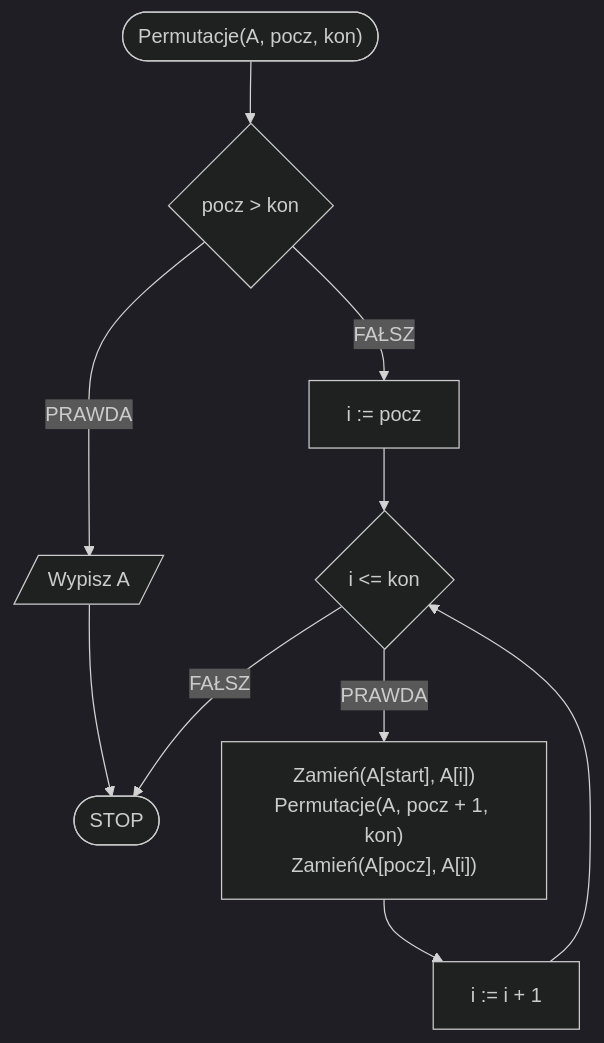
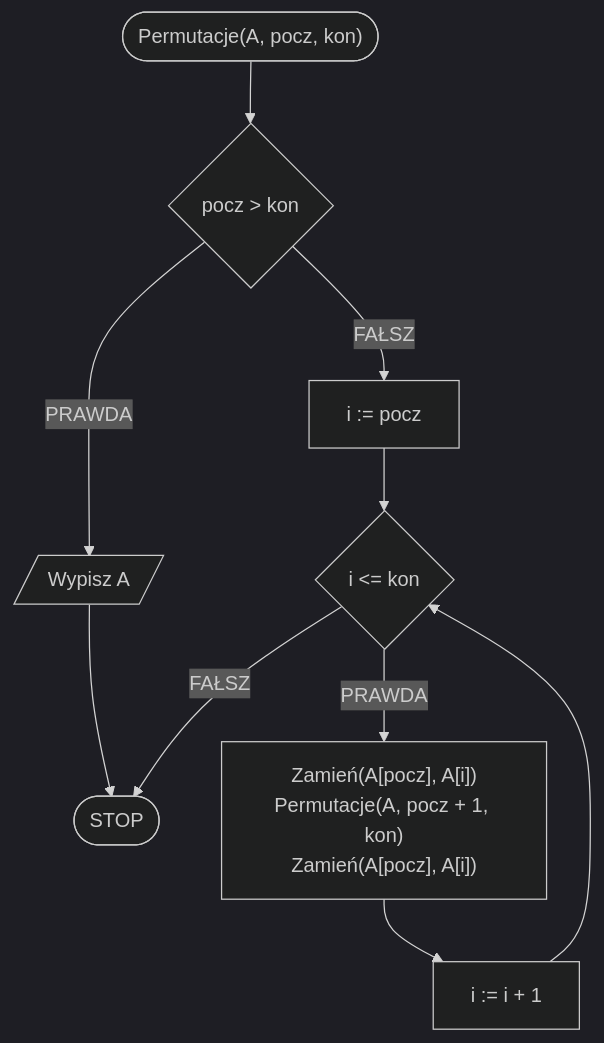
The diagram in algorithms/backtracking/permutations.md (blackbat13/cs-htiew-gitbook), drawn with Mermaid (dark theme) before and after one commit. The commit also changed other lines of this file, not shown here.

````diff
--- a/algorithms/backtracking/permutations.md
+++ b/algorithms/backtracking/permutations.md
@@ -31,12 +40,12 @@
 ```mermaid
 flowchart TD
     START(["Permutacje(A, pocz, kon)"]) --> K1{pocz > kon}
     K1 -- PRAWDA --> K2[/Wypisz A/]
     K2 --> STOP([STOP])
     K1 -- FAŁSZ --> K4p[i := pocz]
     K4p --> K4{i <= kon}
-    K4 -- PRAWDA --> K5["Zamień(A[start], A[i])\nPermutacje(A, pocz + 1, kon)\nZamień(A[pocz], A[i])"]
+    K4 -- PRAWDA --> K5["Zamień(A[pocz], A[i])\nPermutacje(A, pocz + 1, kon)\nZamień(A[pocz], A[i])"]
     K5 --> K4i[i := i + 1]
     K4i --> K4
     K4 -- FAŁSZ --> STOP
 ```
````
